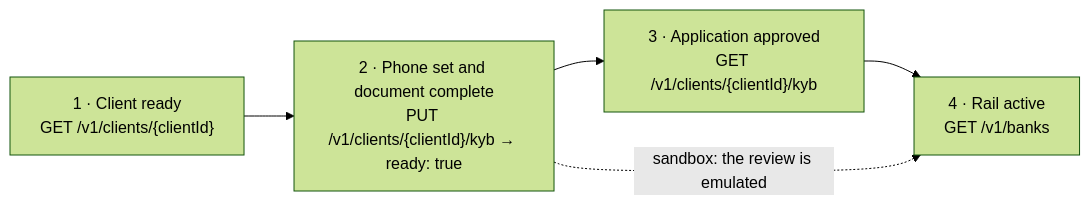
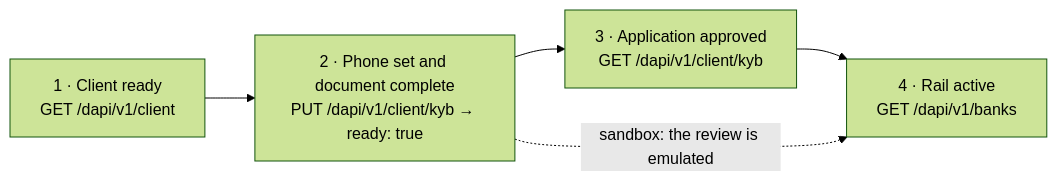
One commit to hevn-inc/docs changed the first of 2 diagrams in whitelabel/onboarding.mdx. Above: the diagram before and after it, drawn with Mermaid (forest theme). The commit also changed other lines of this file and 37 other files, not shown here.

````diff
--- a/whitelabel/onboarding.mdx
+++ b/whitelabel/onboarding.mdx
@@ -10,9 +10,9 @@
 ```mermaid
 flowchart LR
-    G1["1 · Client ready<br/>GET /v1/clients/{clientId}"]
-    G2["2 · Phone set and document complete<br/>PUT /v1/clients/{clientId}/kyb → ready: true"]
-    G3["3 · Application approved<br/>GET /v1/clients/{clientId}/kyb"]
-    G4["4 · Rail active<br/>GET /v1/banks"]
+    G1["1 · Client ready<br/>GET /dapi/v1/client"]
+    G2["2 · Phone set and document complete<br/>PUT /dapi/v1/client/kyb → ready: true"]
+    G3["3 · Application approved<br/>GET /dapi/v1/client/kyb"]
+    G4["4 · Rail active<br/>GET /dapi/v1/banks"]
     G1 --> G2 --> G3 --> G4
     G2 -.->|"sandbox: the review is emulated"| G4
 ```
````
